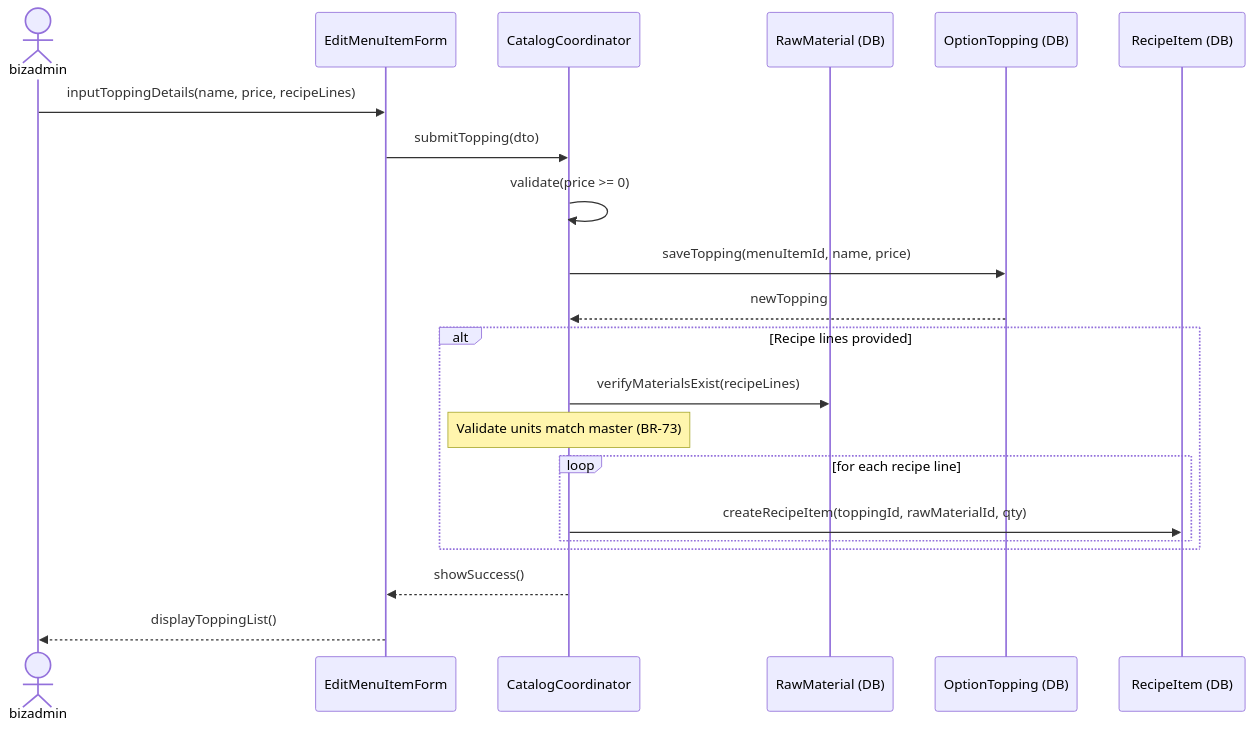
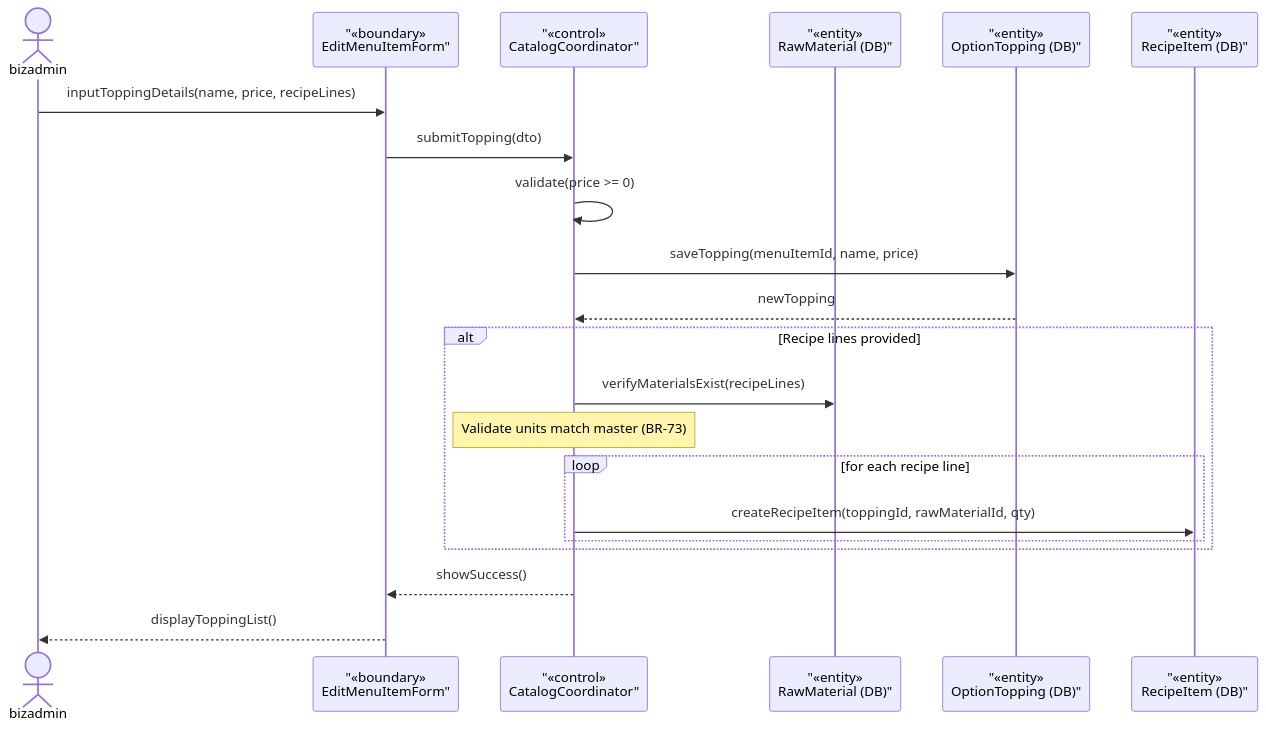
One commit to Shaichi/Khoga_coffe_shop changed the third of 5 diagrams in rds_sections/06_detailed_3_3_menu_category.md. Above: the diagram before and after it, drawn with Mermaid. The commit also changed other lines of this file and 13 other files, not shown here.

````diff
--- a/rds_sections/06_detailed_3_3_menu_category.md
+++ b/rds_sections/06_detailed_3_3_menu_category.md
@@ -164,26 +164,26 @@
 ```mermaid
 sequenceDiagram
     actor bizadmin
-    participant EditForm as EditMenuItemForm
-    participant CatalogCoord as CatalogCoordinator
-    participant RawMatDB as RawMaterial (DB)
-    participant ToppingDB as OptionTopping (DB)
-    participant RecipeDB as RecipeItem (DB)
+participant EditForm as "«boundary»<br/>EditMenuItemForm"
+participant CatalogCoord as "«control»<br/>CatalogCoordinator"
+participant RawMatDB as "«entity»<br/>RawMaterial (DB)"
+participant ToppingDB as "«entity»<br/>OptionTopping (DB)"
+participant RecipeDB as "«entity»<br/>RecipeItem (DB)"
 
     bizadmin->>EditForm: inputToppingDetails(name, price, recipeLines)
     EditForm->>CatalogCoord: submitTopping(dto)
     CatalogCoord->>CatalogCoord: validate(price >= 0)
     CatalogCoord->>ToppingDB: saveTopping(menuItemId, name, price)
     ToppingDB-->>CatalogCoord: newTopping
 
     alt Recipe lines provided
         CatalogCoord->>RawMatDB: verifyMaterialsExist(recipeLines)
         Note over CatalogCoord: Validate units match master (BR-73)
         loop for each recipe line
             CatalogCoord->>RecipeDB: createRecipeItem(toppingId, rawMaterialId, qty)
         end
     end
 
     CatalogCoord-->>EditForm: showSuccess()
     EditForm-->>bizadmin: displayToppingList()
 ```
````
